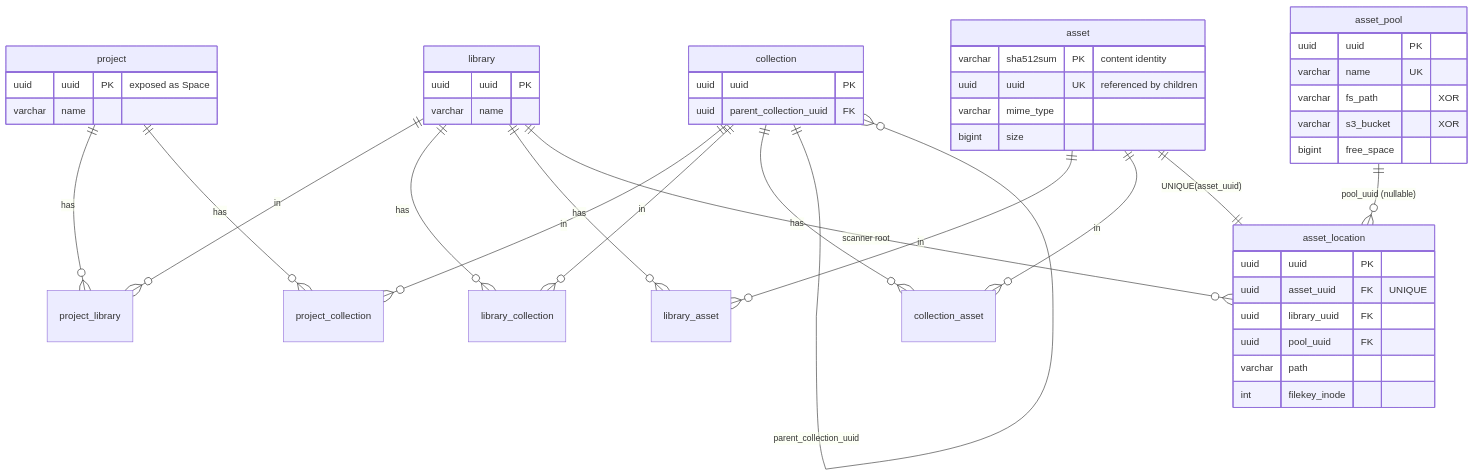
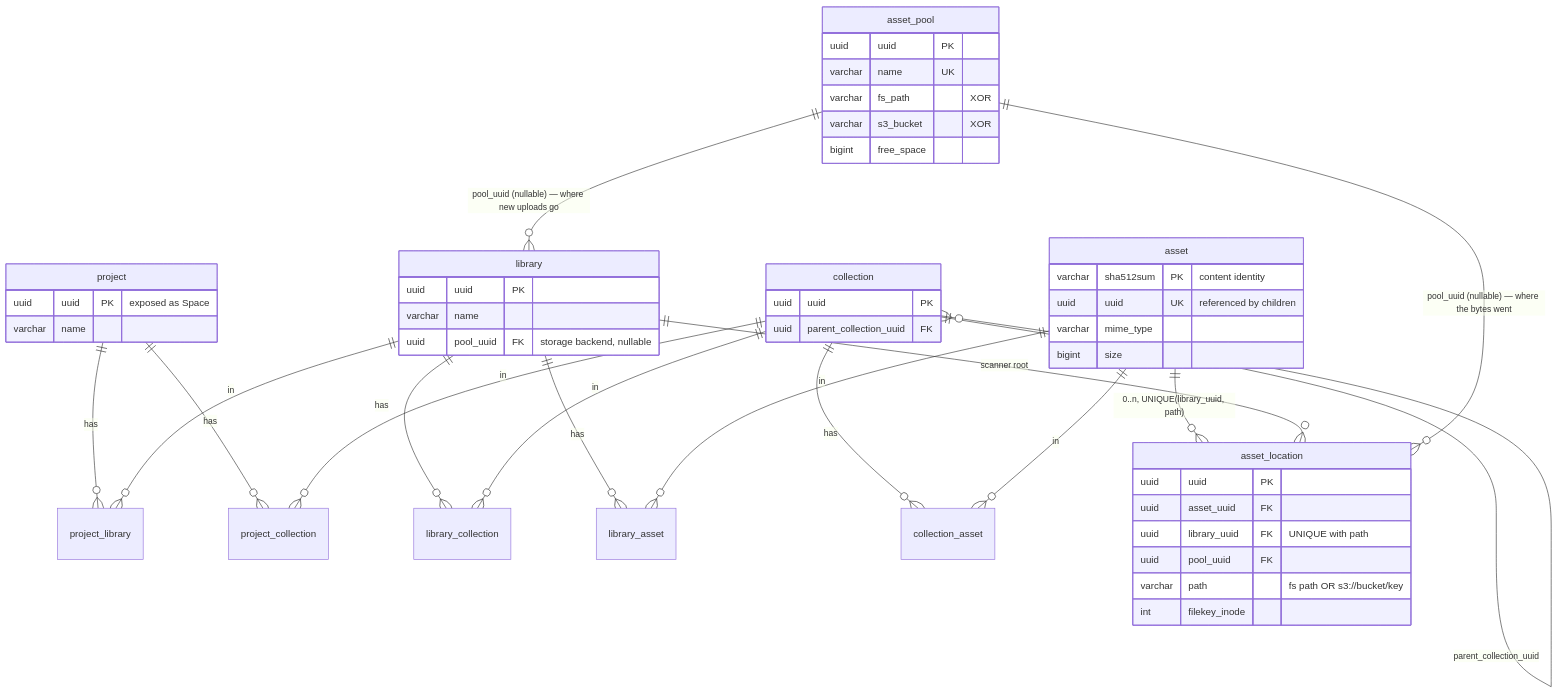
One commit to metaloom/metaloom changed the first of 4 diagrams in spec/loom/DOMAIN.md. Above: the diagram before and after it, drawn with Mermaid. The commit also changed other lines of this file and 100 other files, not shown here.

````diff
--- a/spec/loom/DOMAIN.md
+++ b/spec/loom/DOMAIN.md
@@ -118,54 +118,56 @@
 ```mermaid
 erDiagram
     project ||--o{ project_library : "has"
     library ||--o{ project_library : "in"
     project ||--o{ project_collection : "has"
     collection ||--o{ project_collection : "in"
 
     library ||--o{ library_collection : "has"
     collection ||--o{ library_collection : "in"
     library ||--o{ library_asset : "has"
     asset ||--o{ library_asset : "in"
 
     collection ||--o{ collection_asset : "has"
     asset ||--o{ collection_asset : "in"
     collection ||--o{ collection : "parent_collection_uuid"
 
-    asset ||--|| asset_location : "UNIQUE(asset_uuid)"
+    asset ||--o{ asset_location : "0..n, UNIQUE(library_uuid, path)"
     library ||--o{ asset_location : "scanner root"
-    asset_pool ||--o{ asset_location : "pool_uuid (nullable)"
+    asset_pool ||--o{ asset_location : "pool_uuid (nullable) — where the bytes went"
+    asset_pool ||--o{ library : "pool_uuid (nullable) — where new uploads go"
 
     project {
         uuid uuid PK "exposed as Space"
         varchar name
     }
     library {
         uuid uuid PK
         varchar name
+        uuid pool_uuid FK "storage backend, nullable"
     }
     collection {
         uuid uuid PK
         uuid parent_collection_uuid FK
     }
     asset {
         varchar sha512sum PK "content identity"
         uuid uuid UK "referenced by children"
         varchar mime_type
         bigint size
     }
     asset_location {
         uuid uuid PK
-        uuid asset_uuid FK "UNIQUE"
-        uuid library_uuid FK
+        uuid asset_uuid FK
+        uuid library_uuid FK "UNIQUE with path"
         uuid pool_uuid FK
-        varchar path
+        varchar path "fs path OR s3://bucket/key"
         int filekey_inode
     }
     asset_pool {
         uuid uuid PK
         varchar name UK
         varchar fs_path "XOR"
         varchar s3_bucket "XOR"
         bigint free_space
     }
 ```
````
